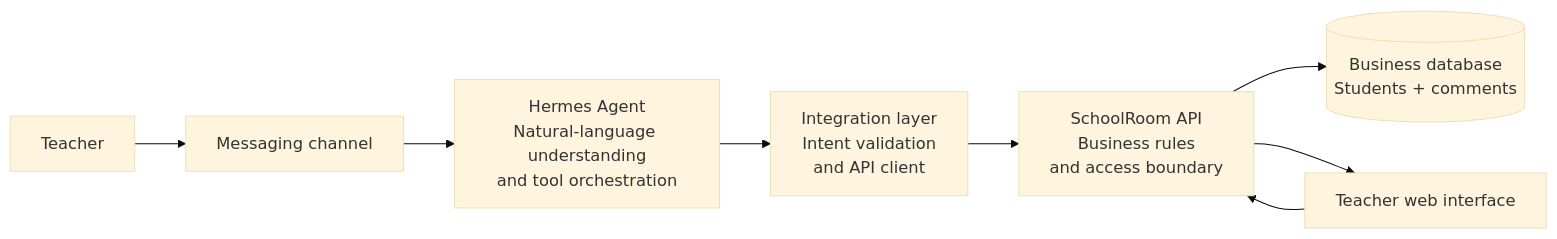
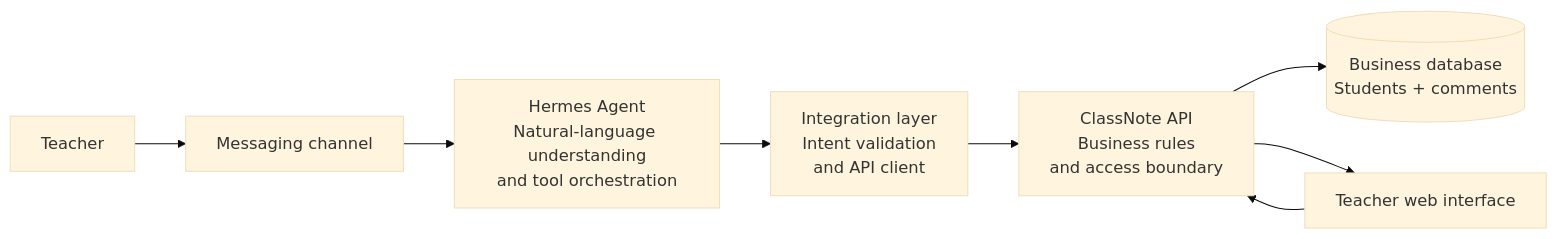
Before and after one commit to quiteqiang/BeeRoom-Hermes-Showcase: the diagram in README.md, drawn with Mermaid (base theme). The commit also changed other lines of this file, not shown here.

````diff
--- a/README.md
+++ b/README.md
@@ -26,10 +26,10 @@
 ```mermaid
 flowchart LR
     T[Teacher] --> TG[Messaging channel]
     TG --> H[Hermes Agent\nNatural-language understanding\nand tool orchestration]
     H --> I[Integration layer\nIntent validation\nand API client]
-    I --> B[SchoolRoom API\nBusiness rules\nand access boundary]
+    I --> B[ClassNote API\nBusiness rules\nand access boundary]
     B --> D[(Business database\nStudents + comments)]
     B --> W[Teacher web interface]
     W --> B
 ```
````
